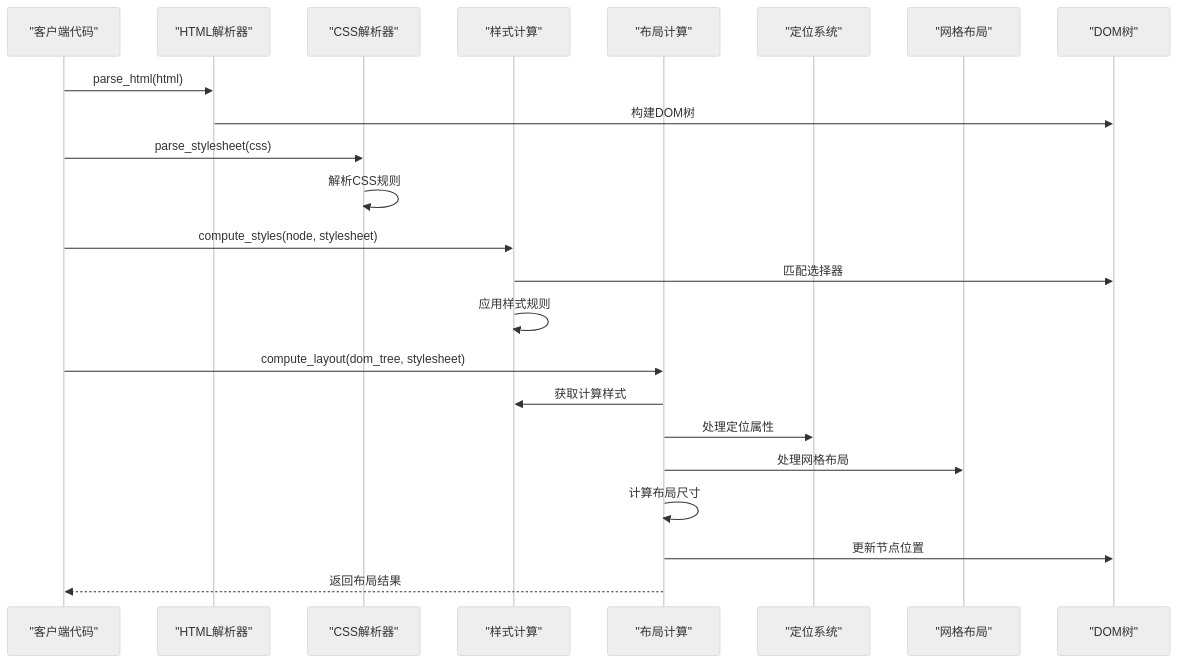
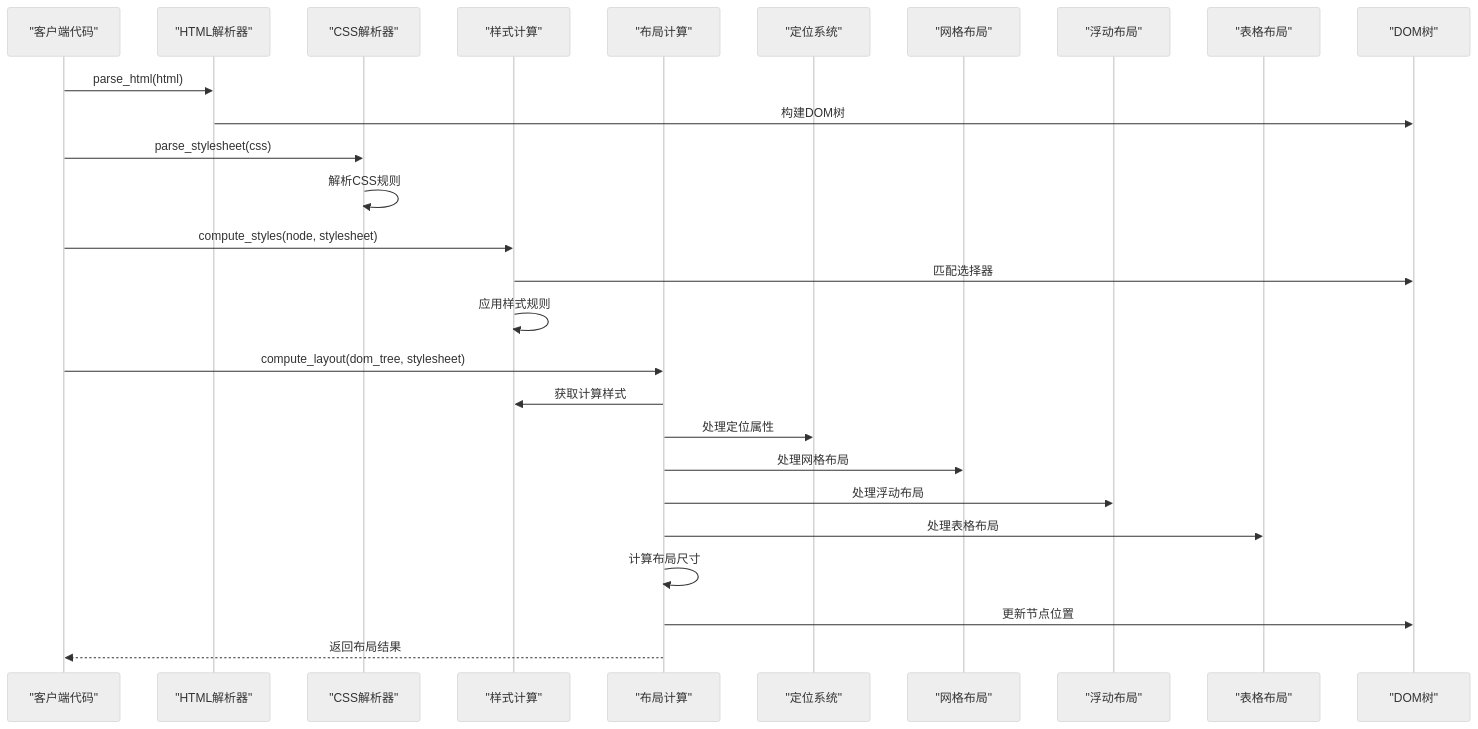
Before and after one commit to itszzl-sudo/iris: the second of 18 diagrams in .qoder/repowiki/zh/content/技术架构详解/布局样式系统/iris-layout布局引擎.md, drawn with Mermaid (neutral theme). The commit also changed other lines of this file and 10 other files, not shown here.

````diff
--- a/.qoder/repowiki/zh/content/技术架构详解/布局样式系统/iris-layout布局引擎.md
+++ b/.qoder/repowiki/zh/content/技术架构详解/布局样式系统/iris-layout布局引擎.md
@@ -151,25 +163,29 @@
 ```mermaid
 sequenceDiagram
 participant Client as "客户端代码"
 participant HTML as "HTML解析器"
 participant CSS as "CSS解析器"
 participant Style as "样式计算"
 participant Layout as "布局计算"
 participant Positioning as "定位系统"
 participant Grid as "网格布局"
+participant Float as "浮动布局"
+participant Table as "表格布局"
 participant DOM as "DOM树"
 Client->>HTML : parse_html(html)
 HTML->>DOM : 构建DOM树
 Client->>CSS : parse_stylesheet(css)
 CSS->>CSS : 解析CSS规则
 Client->>Style : compute_styles(node, stylesheet)
 Style->>DOM : 匹配选择器
 Style->>Style : 应用样式规则
 Client->>Layout : compute_layout(dom_tree, stylesheet)
 Layout->>Style : 获取计算样式
 Layout->>Positioning : 处理定位属性
 Layout->>Grid : 处理网格布局
+Layout->>Float : 处理浮动布局
+Layout->>Table : 处理表格布局
 Layout->>Layout : 计算布局尺寸
 Layout->>DOM : 更新节点位置
 Layout-->>Client : 返回布局结果
 ```
````
